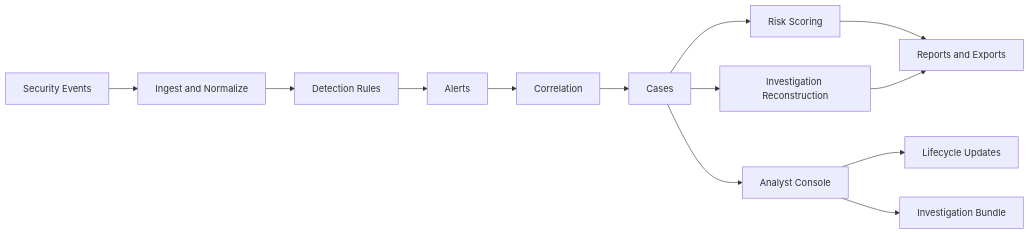
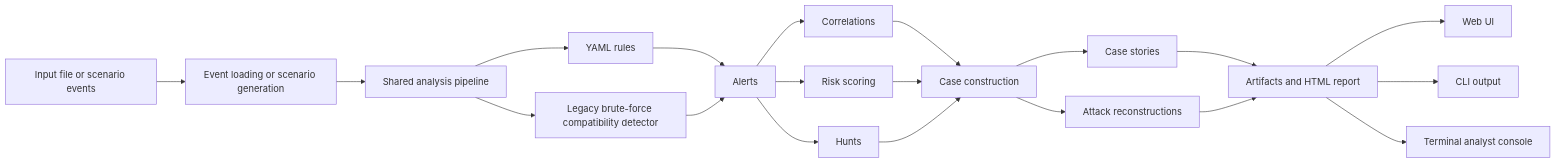
One commit to paullydd/soc-forge changed the first of 3 diagrams in docs/architecture.md. Above: the diagram before and after it, drawn with Mermaid. The commit also changed other lines of this file and 5 other files, not shown here.

Commit message:
Step-10-align-docs-with-web-pipeline

````diff
--- a/docs/architecture.md
+++ b/docs/architecture.md
@@ -7,15 +7,22 @@
 ```mermaid
 flowchart LR
-    A[Security Events] --> B[Ingest and Normalize]
-    B --> C[Detection Rules]
-    C --> D[Alerts]
-    D --> E[Correlation]
-    E --> F[Cases]
-    F --> G[Risk Scoring]
-    F --> H[Investigation Reconstruction]
-    G --> I[Reports and Exports]
-    H --> I
-    F --> J[Analyst Console]
-    J --> K[Lifecycle Updates]
-    J --> L[Investigation Bundle]
+    A[Input file or scenario events] --> B[Event loading or scenario generation]
+    B --> C[Shared analysis pipeline]
+    C --> D[YAML rules]
+    C --> E[Legacy brute-force compatibility detector]
+    D --> F[Alerts]
+    E --> F
+    F --> G[Correlations]
+    F --> H[Hunts]
+    F --> I[Risk scoring]
+    G --> J[Case construction]
+    I --> J
+    H --> J
+    J --> K[Case stories]
+    J --> L[Attack reconstructions]
+    K --> M[Artifacts and HTML report]
+    L --> M
+    M --> N[Web UI]
+    M --> O[CLI output]
+    M --> P[Terminal analyst console]
 ```
````
